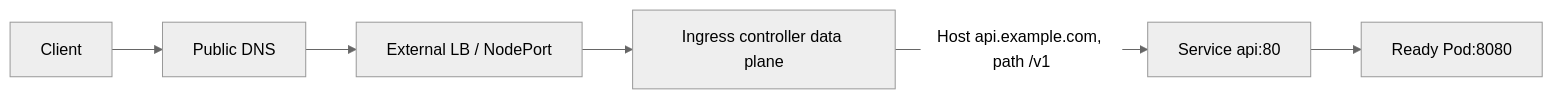
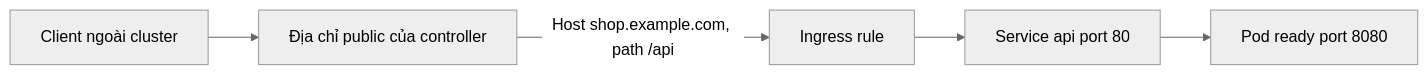
One commit to vanhiep99w/k8s-learn changed the first of 3 diagrams in content/docs/networking/ingress.md. Above: the diagram before and after it, drawn with Mermaid (neutral theme). The commit also changed other lines of this file, not shown here.

Commit message:
docs: clarify Ingress concepts and request flow

````diff
--- a/content/docs/networking/ingress.md
+++ b/content/docs/networking/ingress.md
@@ -38,8 +48,7 @@
 ```mermaid
 flowchart LR
-    C[Client] --> D[Public DNS]
-    D --> L[External LB / NodePort]
-    L --> IC[Ingress controller data plane]
-    IC -->|Host api.example.com, path /v1| S[Service api:80]
-    S --> P[Ready Pod:8080]
+    C[Client ngoài cluster] --> A[Địa chỉ public của controller]
+    A -->|Host shop.example.com, path /api| I[Ingress rule]
+    I --> S[Service api port 80]
+    S --> P[Pod ready port 8080]
 ```
````
